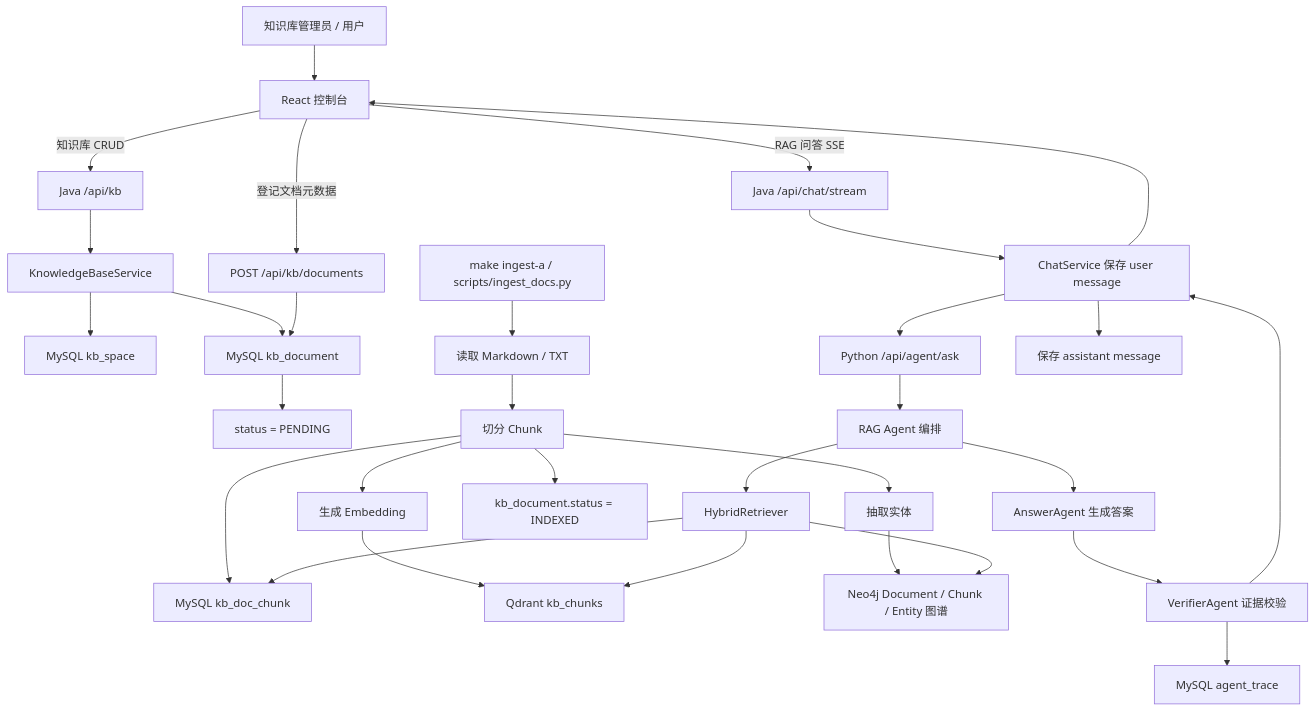
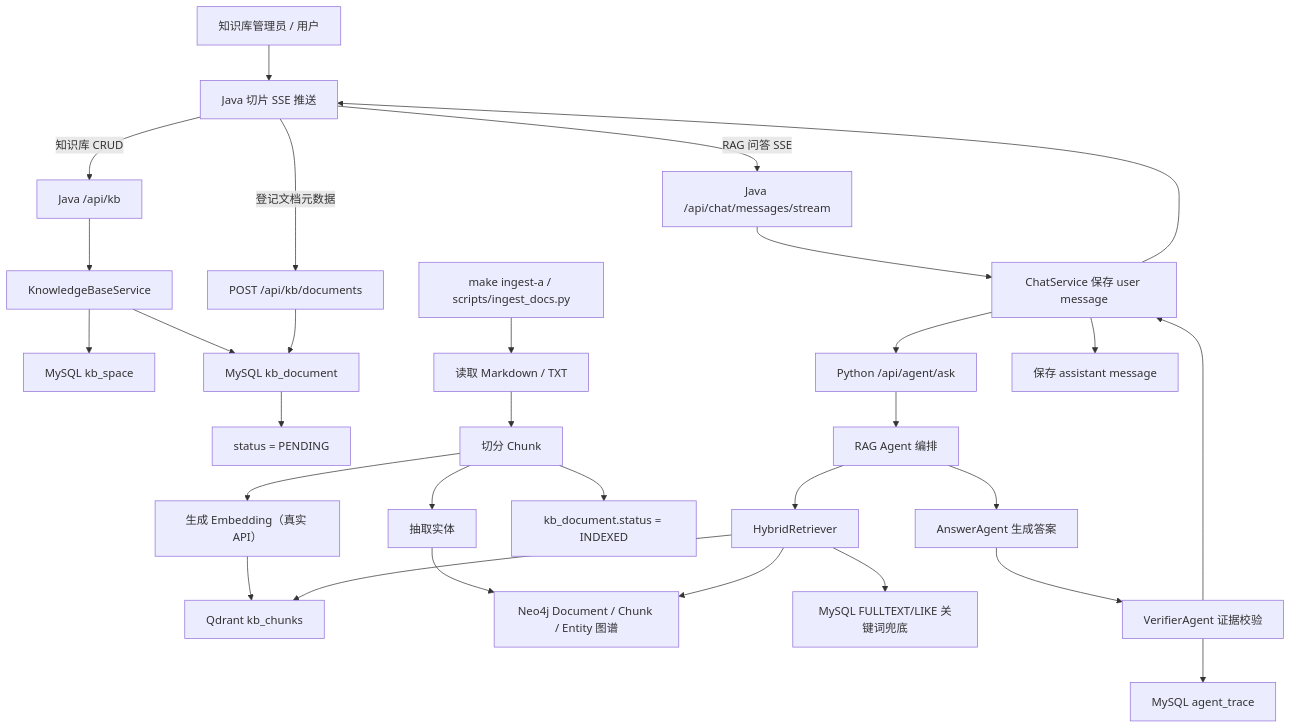
The first of 6 diagrams in docs/KB_OPERATION_FLOW.md (CarlosYonng/ai-agent-portfolio), drawn with Mermaid before and after one commit. The commit also changed other lines of this file and 271 other files, not shown here.

````diff
--- a/docs/KB_OPERATION_FLOW.md
+++ b/docs/KB_OPERATION_FLOW.md
@@ -7,37 +7,36 @@
 ```mermaid
 flowchart TD
     U["知识库管理员 / 用户"] --> F["React 控制台"]
 
     F -->|知识库 CRUD| KBAPI["Java /api/kb"]
     KBAPI --> KBS["KnowledgeBaseService"]
     KBS --> KBSpace["MySQL kb_space"]
     KBS --> KBDoc["MySQL kb_document"]
 
     F -->|登记文档元数据| DocAPI["POST /api/kb/documents"]
     DocAPI --> KBDoc
     KBDoc --> Pending["status = PENDING"]
 
     AdminScript["make ingest-a / scripts/ingest_docs.py"] --> Parser["读取 Markdown / TXT"]
     Parser --> Chunk["切分 Chunk"]
-    Chunk --> MysqlChunk["MySQL kb_doc_chunk"]
-    Chunk --> Embed["生成 Embedding"]
+    Chunk --> Embed["生成 Embedding（真实 API）"]
     Embed --> Qdrant["Qdrant kb_chunks"]
     Chunk --> Entity["抽取实体"]
     Entity --> Neo4j["Neo4j Document / Chunk / Entity 图谱"]
     Chunk --> Indexed["kb_document.status = INDEXED"]
 
-    F -->|RAG 问答 SSE| ChatAPI["Java /api/chat/stream"]
+    F -->|RAG 问答 SSE| ChatAPI["Java /api/chat/messages/stream"]
     ChatAPI --> ChatSvc["ChatService 保存 user message"]
     ChatSvc --> AIAsk["Python /api/agent/ask"]
     AIAsk --> RagAgent["RAG Agent 编排"]
     RagAgent --> Retriever["HybridRetriever"]
     Retriever --> Qdrant
     Retriever --> Neo4j
-    Retriever --> MysqlChunk
+    Retriever --> MysqlKW["MySQL FULLTEXT/LIKE 关键词兜底"]
     RagAgent --> Answer["AnswerAgent 生成答案"]
     Answer --> Verify["VerifierAgent 证据校验"]
     Verify --> Trace["MySQL agent_trace"]
     Verify --> ChatSvc
     ChatSvc --> AssistantMsg["保存 assistant message"]
-    ChatSvc --> F
+    ChatSvc --> F["Java 切片 SSE 推送"]
 ```
````
